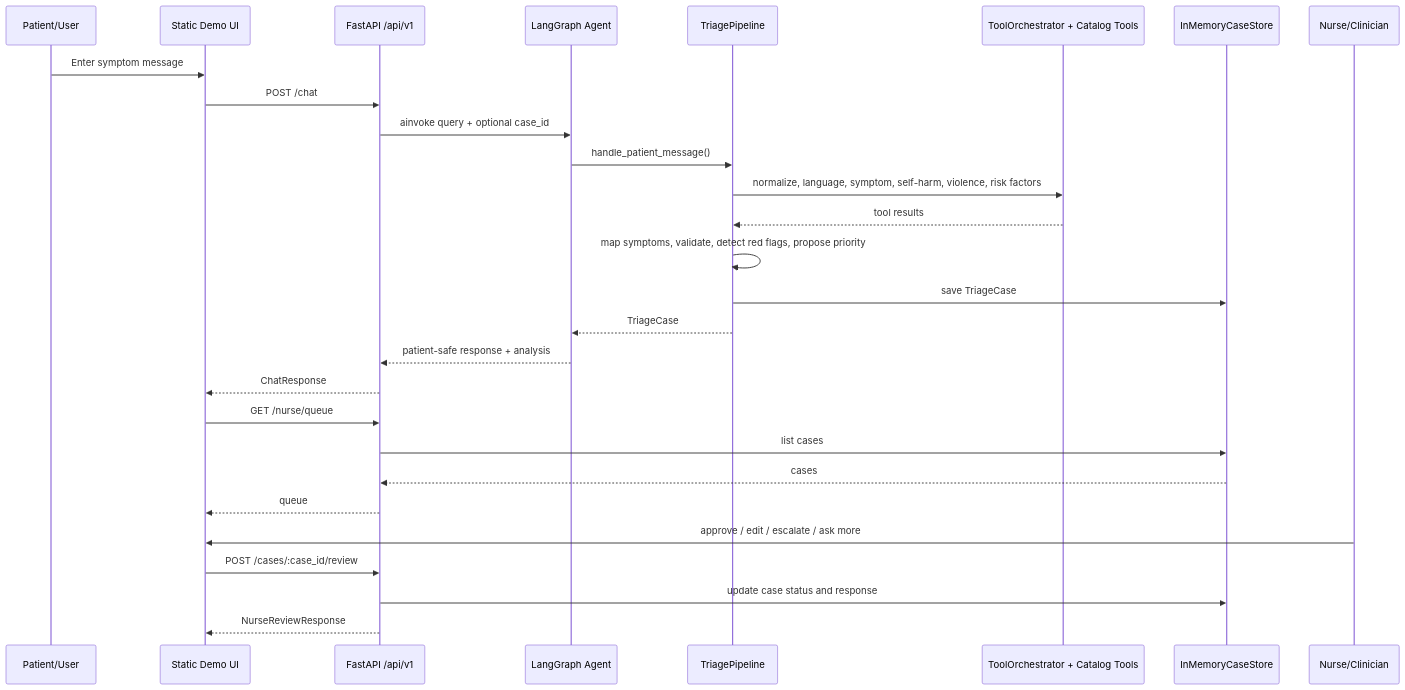
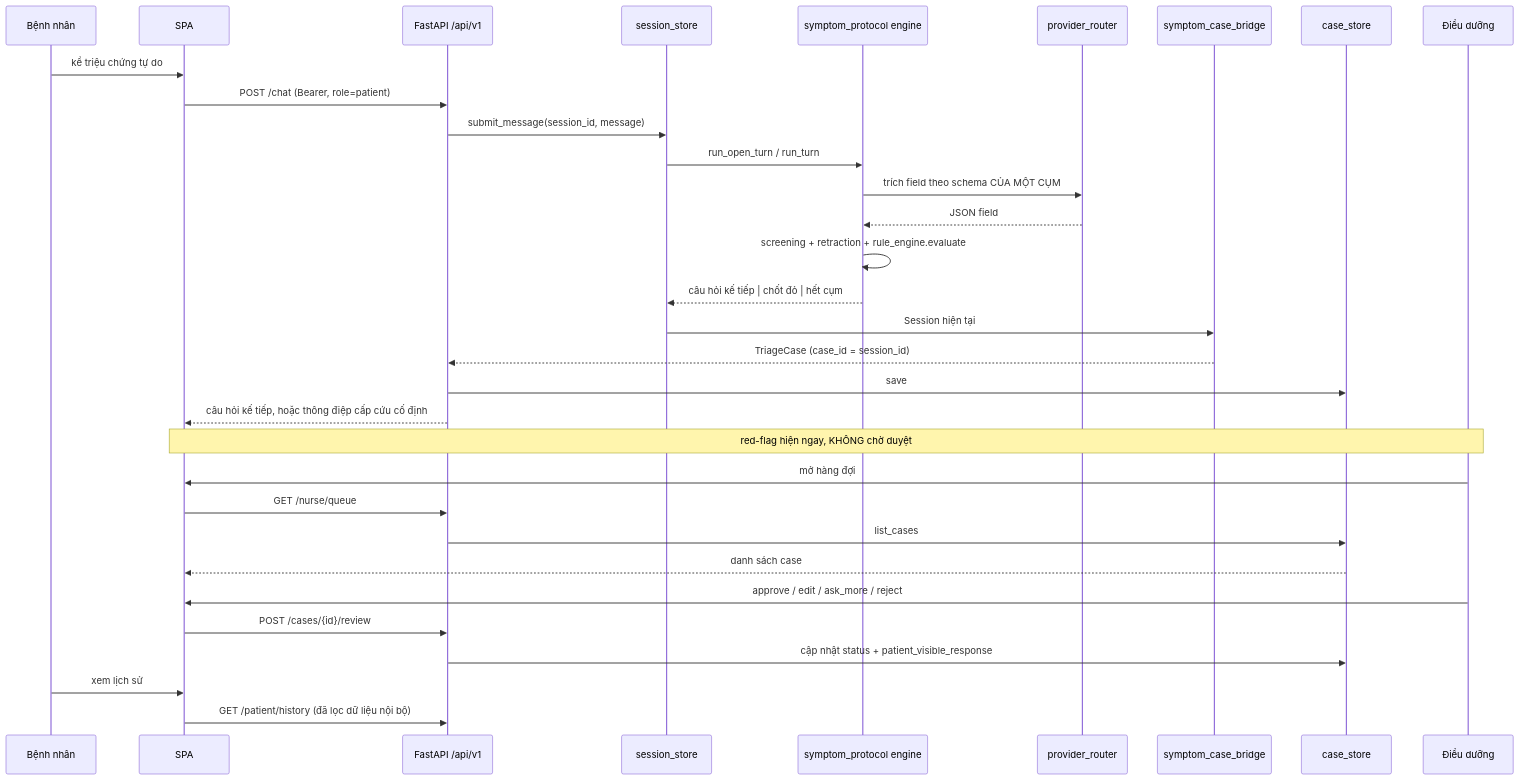
The third of 4 diagrams in ARCHITECTURE.md (tuananhpham-vnu/VmedTriage_MicroGenius), drawn with Mermaid before and after one commit. The commit also changed other lines of this file and 9 other files, not shown here.

First line of the commit message:
feat: Enhance OpenRouter model handling and logging

````diff
--- a/ARCHITECTURE.md
+++ b/ARCHITECTURE.md
@@ -185,31 +488,37 @@
 ```mermaid
 sequenceDiagram
-    participant User as Patient/User
-    participant UI as Static Demo UI
+    participant P as Bệnh nhân
+    participant UI as SPA
     participant API as FastAPI /api/v1
-    participant Agent as LangGraph Agent
-    participant Pipeline as TriagePipeline
-    participant Tools as ToolOrchestrator + Catalog Tools
-    participant Store as InMemoryCaseStore
-    participant Nurse as Nurse/Clinician
+    participant S as session_store
+    participant E as symptom_protocol engine
+    participant LLM as provider_router
+    participant B as symptom_case_bridge
+    participant CS as case_store
+    participant N as Điều dưỡng
 
-    User->>UI: Enter symptom message
-    UI->>API: POST /chat
-    API->>Agent: ainvoke query + optional case_id
-    Agent->>Pipeline: handle_patient_message()
-    Pipeline->>Tools: normalize, language, symptom, self-harm, violence, risk factors
-    Tools-->>Pipeline: tool results
-    Pipeline->>Pipeline: map symptoms, validate, detect red flags, propose priority
-    Pipeline->>Store: save TriageCase
-    Pipeline-->>Agent: TriageCase
-    Agent-->>API: patient-safe response + analysis
-    API-->>UI: ChatResponse
+    P->>UI: kể triệu chứng tự do
+    UI->>API: POST /chat (Bearer, role=patient)
+    API->>S: submit_message(session_id, message)
+    S->>E: run_open_turn / run_turn
+    E->>LLM: trích field theo schema CỦA MỘT CỤM
+    LLM-->>E: JSON field
+    E->>E: screening + retraction + rule_engine.evaluate
+    E-->>S: câu hỏi kế tiếp | chốt đỏ | hết cụm
+    S->>B: Session hiện tại
+    B-->>API: TriageCase (case_id = session_id)
+    API->>CS: save
+    API-->>UI: câu hỏi kế tiếp, hoặc thông điệp cấp cứu cố định
+
+    Note over UI,N: red-flag hiện ngay, KHÔNG chờ duyệt
+
+    N->>UI: mở hàng đợi
     UI->>API: GET /nurse/queue
-    API->>Store: list cases
-    Store-->>API: cases
-    API-->>UI: queue
-    Nurse->>UI: approve / edit / escalate / ask more
-    UI->>API: POST /cases/:case_id/review
-    API->>Store: update case status and response
-    API-->>UI: NurseReviewResponse
+    API->>CS: list_cases
+    CS-->>UI: danh sách case
+    N->>UI: approve / edit / ask_more / reject
+    UI->>API: POST /cases/{id}/review
+    API->>CS: cập nhật status + patient_visible_response
+    P->>UI: xem lịch sử
+    UI->>API: GET /patient/history (đã lọc dữ liệu nội bộ)
 ```
````
